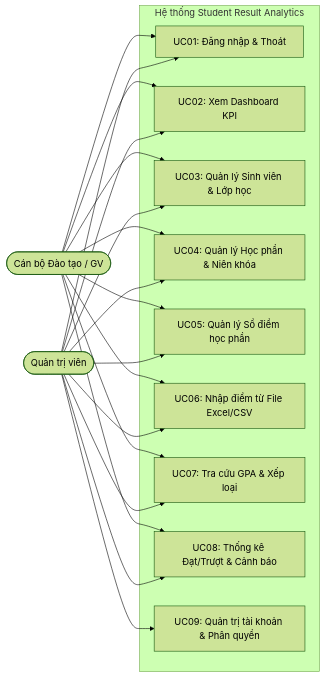
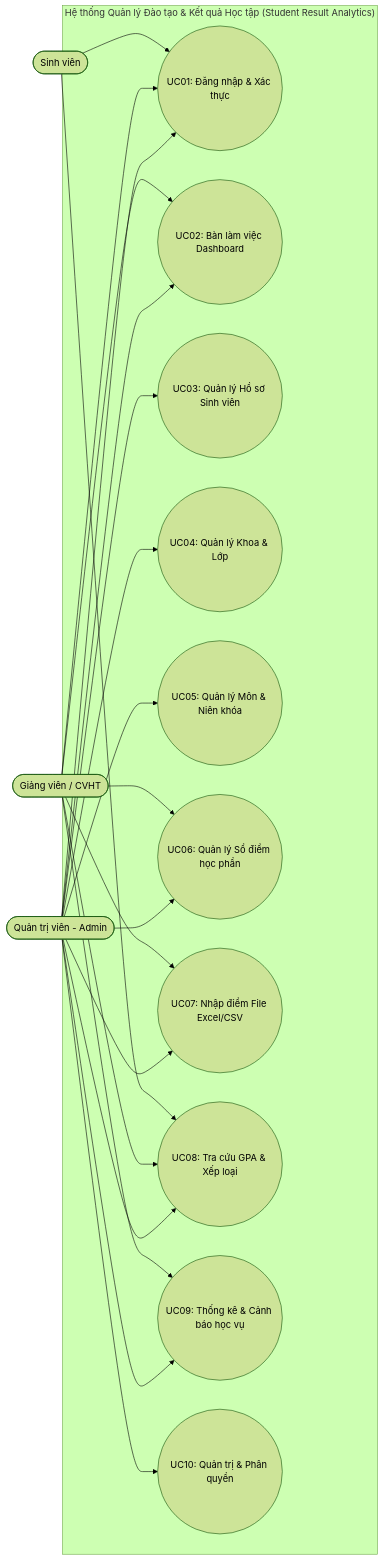
One commit to ngthanhs1/STUDENT_RESULT_ANALYTICS changed the first of 16 diagrams in BAO_CAO_BAI_TAP_LON_STUDENT_RESULT_ANALYTICS.md. Above: the diagram before and after it, drawn with Mermaid (forest theme). The commit also changed other lines of this file and 4 other files, not shown here.

````diff
--- a/BAO_CAO_BAI_TAP_LON_STUDENT_RESULT_ANALYTICS.md
+++ b/BAO_CAO_BAI_TAP_LON_STUDENT_RESULT_ANALYTICS.md
@@ -338,36 +317,40 @@
 ```mermaid
 flowchart LR
-    Admin([Quản trị viên])
-    Staff([Cán bộ Đào tạo / GV])
+    Admin([Quản trị viên - Admin])
+    Lecturer([Giảng viên / CVHT])
+    Student([Sinh viên])
 
-    subgraph System ["Hệ thống Student Result Analytics"]
-        UC01["UC01: Đăng nhập & Thoát"]
-        UC02["UC02: Xem Dashboard KPI"]
-        UC03["UC03: Quản lý Sinh viên & Lớp học"]
-        UC04["UC04: Quản lý Học phần & Niên khóa"]
-        UC05["UC05: Quản lý Sổ điểm học phần"]
-        UC06["UC06: Nhập điểm từ File Excel/CSV"]
-        UC07["UC07: Tra cứu GPA & Xếp loại"]
-        UC08["UC08: Thống kê Đạt/Trượt & Cảnh báo"]
-        UC09["UC09: Quản trị tài khoản & Phân quyền"]
+    subgraph System ["Hệ thống Quản lý Đào tạo & Kết quả Học tập (Student Result Analytics)"]
+        UC01((UC01: Đăng nhập & Xác thực))
+        UC02((UC02: Bàn làm việc Dashboard))
+        UC03((UC03: Quản lý Hồ sơ Sinh viên))
+        UC04((UC04: Quản lý Khoa & Lớp))
+        UC05((UC05: Quản lý Môn & Niên khóa))
+        UC06((UC06: Quản lý Sổ điểm học phần))
+        UC07((UC07: Nhập điểm File Excel/CSV))
+        UC08((UC08: Tra cứu GPA & Xếp loại))
+        UC09((UC09: Thống kê & Cảnh báo học vụ))
+        UC10((UC10: Quản trị & Phân quyền))
     end
-
-    Staff --> UC01
-    Staff --> UC02
-    Staff --> UC03
-    Staff --> UC04
-    Staff --> UC05
-    Staff --> UC06
-    Staff --> UC07
-    Staff --> UC08
 
     Admin --> UC01
     Admin --> UC02
     Admin --> UC03
     Admin --> UC04
     Admin --> UC05
     Admin --> UC06
     Admin --> UC07
     Admin --> UC08
     Admin --> UC09
+    Admin --> UC10
+
+    Lecturer --> UC01
+    Lecturer --> UC02
+    Lecturer --> UC06
+    Lecturer --> UC07
+    Lecturer --> UC08
+    Lecturer --> UC09
+
+    Student --> UC01
+    Student --> UC08
 ```
````
